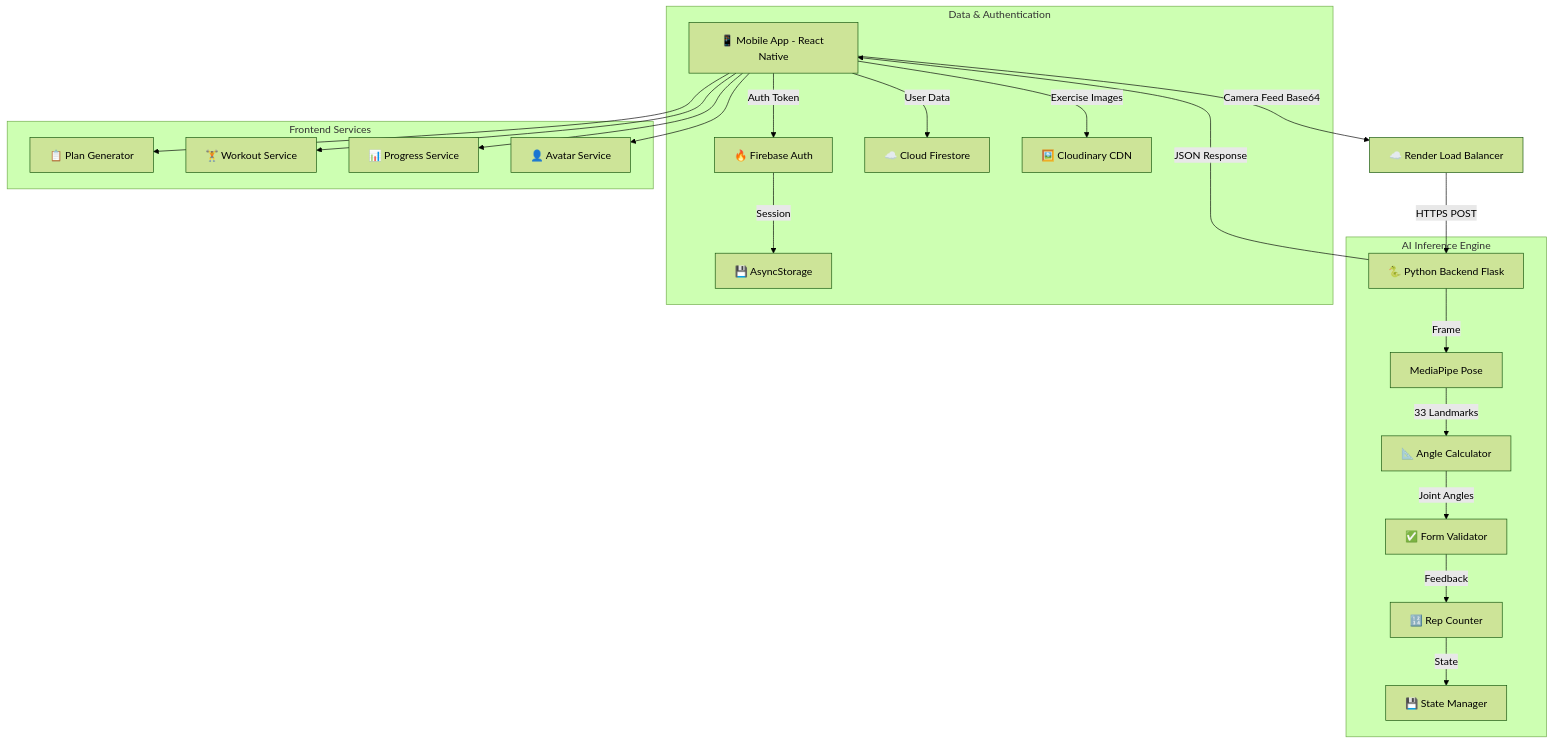
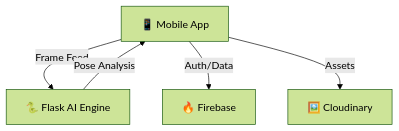
The diagram in README.md (srisaiphanip/FIZI), drawn with Mermaid (forest theme) before and after one commit. The commit also changed other lines of this file and 17 other files, not shown here.

````diff
--- a/README.md
+++ b/README.md
@@ -71,29 +29,7 @@
 ```mermaid
 graph TD
-    User[📱 Mobile App - React Native] -->|Camera Feed Base64| CloudLB[☁️ Render Load Balancer]
-    CloudLB -->|HTTPS POST| Backend[🐍 Python Backend Flask]
-    
-    subgraph "AI Inference Engine"
-        Backend -->|Frame| MediaPipe[MediaPipe Pose]
-        MediaPipe -->|33 Landmarks| AngleCalc[📐 Angle Calculator]
-        AngleCalc -->|Joint Angles| FormValid[✅ Form Validator]
-        FormValid -->|Feedback| RepCounter[🔢 Rep Counter]
-        RepCounter -->|State| StateManager[💾 State Manager]
-    end
-    
-    Backend -->|JSON Response| User
-    
-    subgraph "Data & Authentication"
-        User -->|Auth Token| Firebase[🔥 Firebase Auth]
-        Firebase -->|Session| AsyncStore[💾 AsyncStorage]
-        User -->|User Data| Firestore[☁️ Cloud Firestore]
-        User -->|Exercise Images| CloudinaryAPI[🖼️ Cloudinary CDN]
-    end
-    
-    subgraph "Frontend Services"
-        User --> PlanGen[📋 Plan Generator]
-        User --> WorkoutSvc[🏋️ Workout Service]
-        User --> ProgressSvc[📊 Progress Service]
-        User --> AvatarSvc[👤 Avatar Service]
-    end
+    User[📱 Mobile App] -->|Frame Feed| Backend[🐍 Flask AI Engine]
+    Backend -->|Pose Analysis| User
+    User -->|Auth/Data| Firebase[🔥 Firebase]
+    User -->|Assets| Cloudinary[🖼️ Cloudinary]
 ```
````
